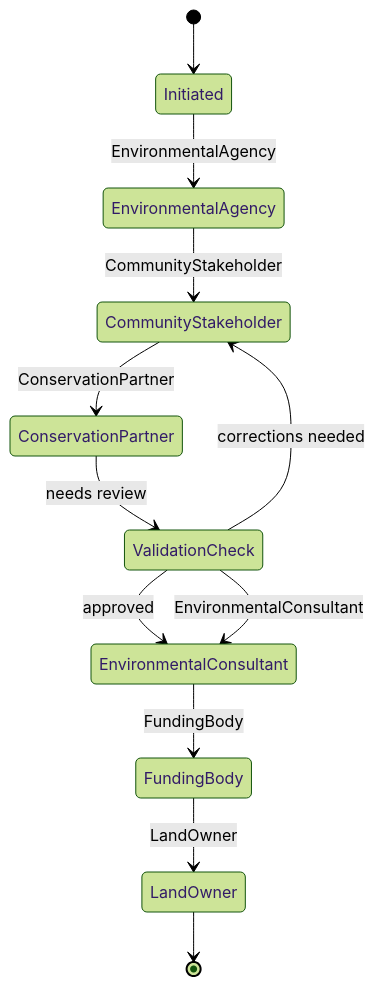
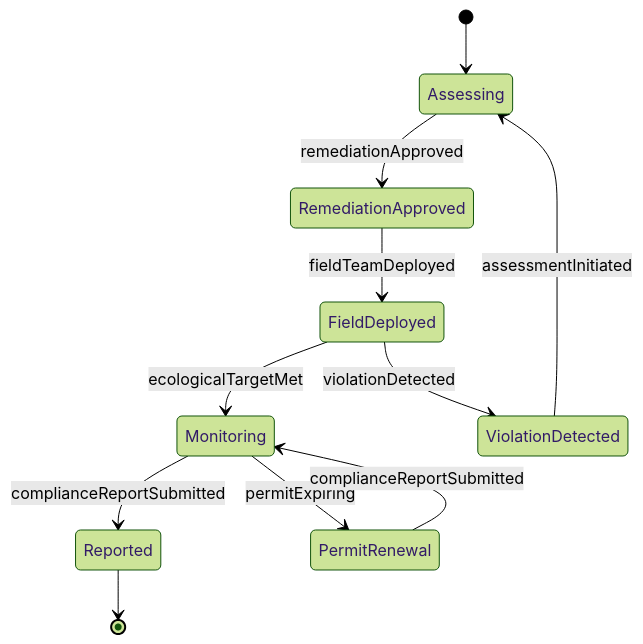
One commit to dot-org-ai/tasks.org.ai changed the second of 4 diagrams in GuidingDirectingAndMotivatingSubordinates/DirectOrganizationalOperationsActivitiesOrProcedures/DirectEnvironmentalDevelopmentActivities.mdx. Above: the diagram before and after it, drawn with Mermaid (forest theme). The commit also changed other lines of this file and 515 other files, not shown here.

````diff
--- a/GuidingDirectingAndMotivatingSubordinates/DirectOrganizationalOperationsActivitiesOrProcedures/DirectEnvironmentalDevelopmentActivities.mdx
+++ b/GuidingDirectingAndMotivatingSubordinates/DirectOrganizationalOperationsActivitiesOrProcedures/DirectEnvironmentalDevelopmentActivities.mdx
@@ -106,14 +104,13 @@
 ```mermaid
 stateDiagram-v2
-    [*] --> Initiated
-    Initiated --> EnvironmentalAgency: EnvironmentalAgency
-    EnvironmentalAgency --> CommunityStakeholder: CommunityStakeholder
-    CommunityStakeholder --> ConservationPartner: ConservationPartner
-    ConservationPartner --> ValidationCheck: needs review
-    ValidationCheck --> CommunityStakeholder: corrections needed
-    ValidationCheck --> EnvironmentalConsultant: approved
-    ValidationCheck --> EnvironmentalConsultant: EnvironmentalConsultant
-    EnvironmentalConsultant --> FundingBody: FundingBody
-    FundingBody --> LandOwner: LandOwner
-    LandOwner --> [*]
+    [*] --> Assessing
+    Assessing --> RemediationApproved : remediationApproved
+    RemediationApproved --> FieldDeployed : fieldTeamDeployed
+    FieldDeployed --> Monitoring : ecologicalTargetMet
+    FieldDeployed --> ViolationDetected : violationDetected
+    ViolationDetected --> Assessing : assessmentInitiated
+    Monitoring --> Reported : complianceReportSubmitted
+    Monitoring --> PermitRenewal : permitExpiring
+    PermitRenewal --> Monitoring : complianceReportSubmitted
+    Reported --> [*]
 ```
````
